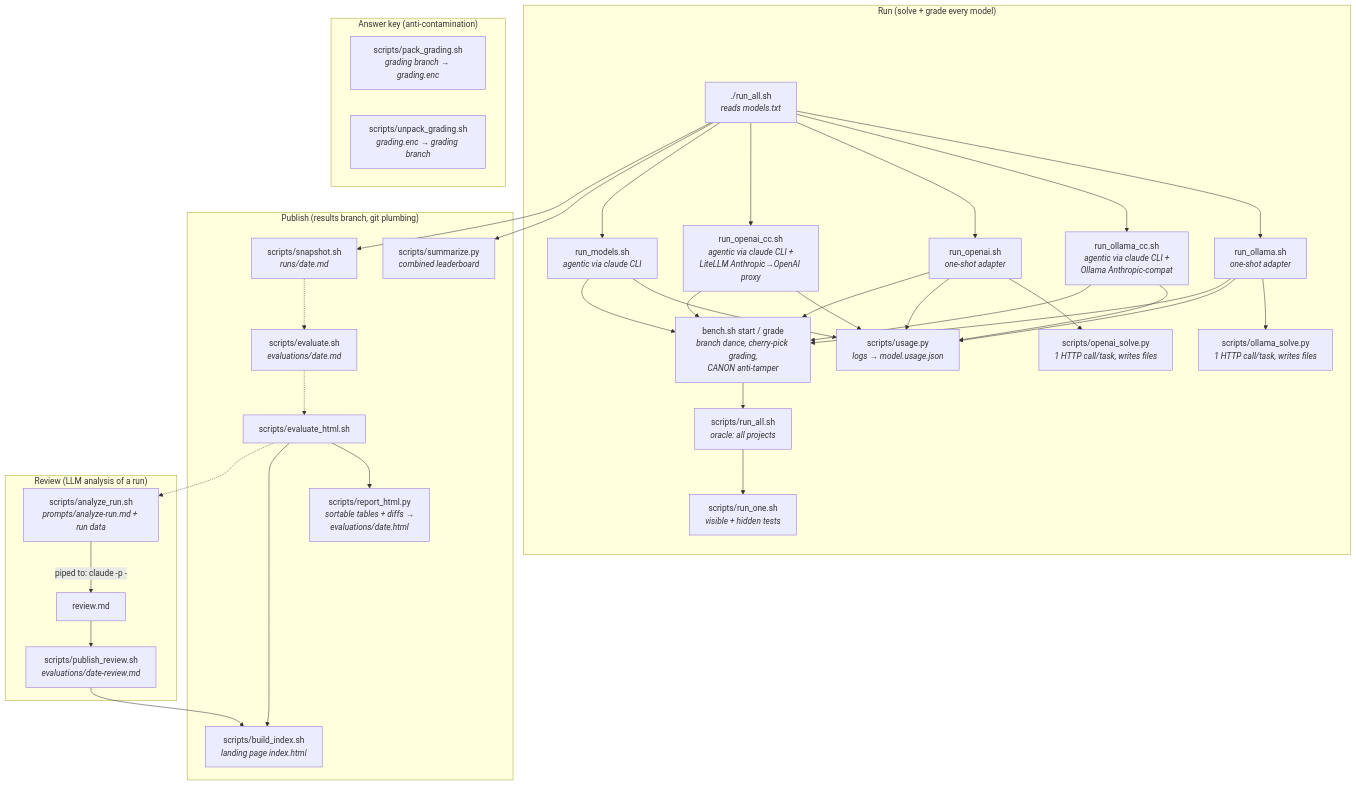
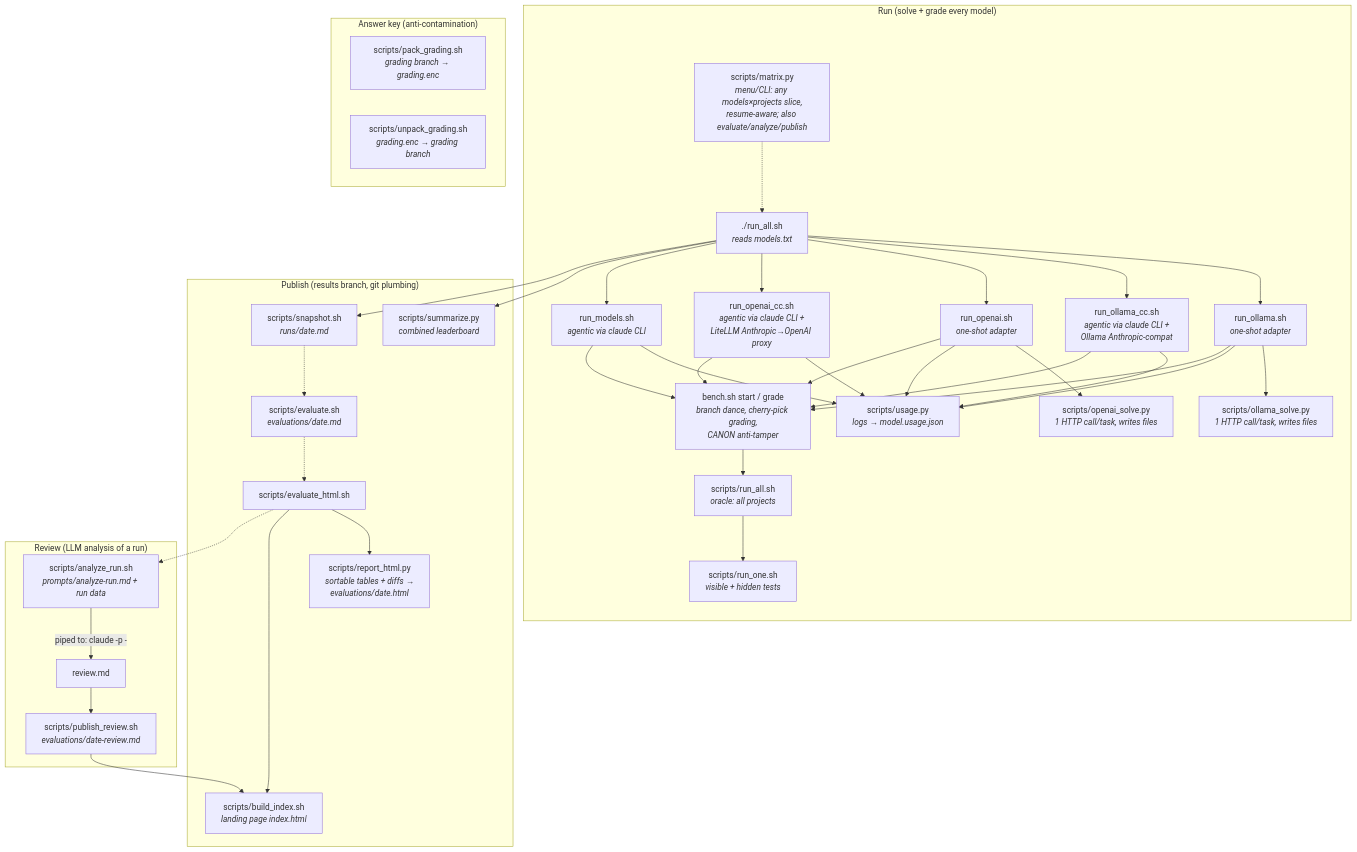
The diagram in README.md (epatel/model-benchmark), drawn with Mermaid before and after one commit. The commit also changed other lines of this file and 2 other files, not shown here.

First line of the commit message:
docs reassessment: matrix.py everywhere it belongs, post-OpenAI generalizations

````diff
--- a/README.md
+++ b/README.md
@@ -101,42 +105,44 @@
 ```mermaid
 flowchart TD
     subgraph RUN["Run (solve + grade every model)"]
+        matrix["scripts/matrix.py<br/><i>menu/CLI: any models×projects slice,<br/>resume-aware; also evaluate/analyze/publish</i>"]
         runall["./run_all.sh<br/><i>reads models.txt</i>"]
+        matrix -.-> runall
         runall --> ollama["run_ollama.sh<br/><i>one-shot adapter</i>"]
         runall --> occ["run_ollama_cc.sh<br/><i>agentic via claude CLI +<br/>Ollama Anthropic-compat</i>"]
         runall --> openai["run_openai.sh<br/><i>one-shot adapter</i>"]
         runall --> oaicc["run_openai_cc.sh<br/><i>agentic via claude CLI +<br/>LiteLLM Anthropic→OpenAI proxy</i>"]
         runall --> claude["run_models.sh<br/><i>agentic via claude CLI</i>"]
         ollama --> solve["scripts/ollama_solve.py<br/><i>1 HTTP call/task, writes files</i>"]
         openai --> osolve["scripts/openai_solve.py<br/><i>1 HTTP call/task, writes files</i>"]
         ollama & occ & openai & oaicc & claude --> usage["scripts/usage.py<br/><i>logs → model.usage.json</i>"]
         ollama & occ & openai & oaicc & claude --> bench["bench.sh start / grade<br/><i>branch dance, cherry-pick grading,<br/>CANON anti-tamper</i>"]
         bench --> tests["scripts/run_all.sh<br/><i>oracle: all projects</i>"]
         tests --> one["scripts/run_one.sh<br/><i>visible + hidden tests</i>"]
     end
 
     subgraph PUB["Publish (results branch, git plumbing)"]
         runall --> summarize["scripts/summarize.py<br/><i>combined leaderboard</i>"]
         runall --> snapshot["scripts/snapshot.sh<br/><i>runs/date.md</i>"]
         evaluate["scripts/evaluate.sh<br/><i>evaluations/date.md</i>"]
         ehtml["scripts/evaluate_html.sh"] --> rhtml["scripts/report_html.py<br/><i>sortable tables + diffs →<br/>evaluations/date.html</i>"]
         index["scripts/build_index.sh<br/><i>landing page index.html</i>"]
         ehtml --> index
     end
 
     subgraph REVIEW["Review (LLM analysis of a run)"]
         analyze["scripts/analyze_run.sh<br/><i>prompts/analyze-run.md + run data</i>"]
         analyze -->|"piped to: claude -p -"| review["review.md"]
         review --> pubrev["scripts/publish_review.sh<br/><i>evaluations/date-review.md</i>"]
         pubrev --> index
     end
 
     subgraph KEY["Answer key (anti-contamination)"]
         pack["scripts/pack_grading.sh<br/><i>grading branch → grading.enc</i>"]
         unpack["scripts/unpack_grading.sh<br/><i>grading.enc → grading branch</i>"]
     end
 
     snapshot -.-> evaluate
     evaluate -.-> ehtml
     ehtml -.-> analyze
 ```
````
